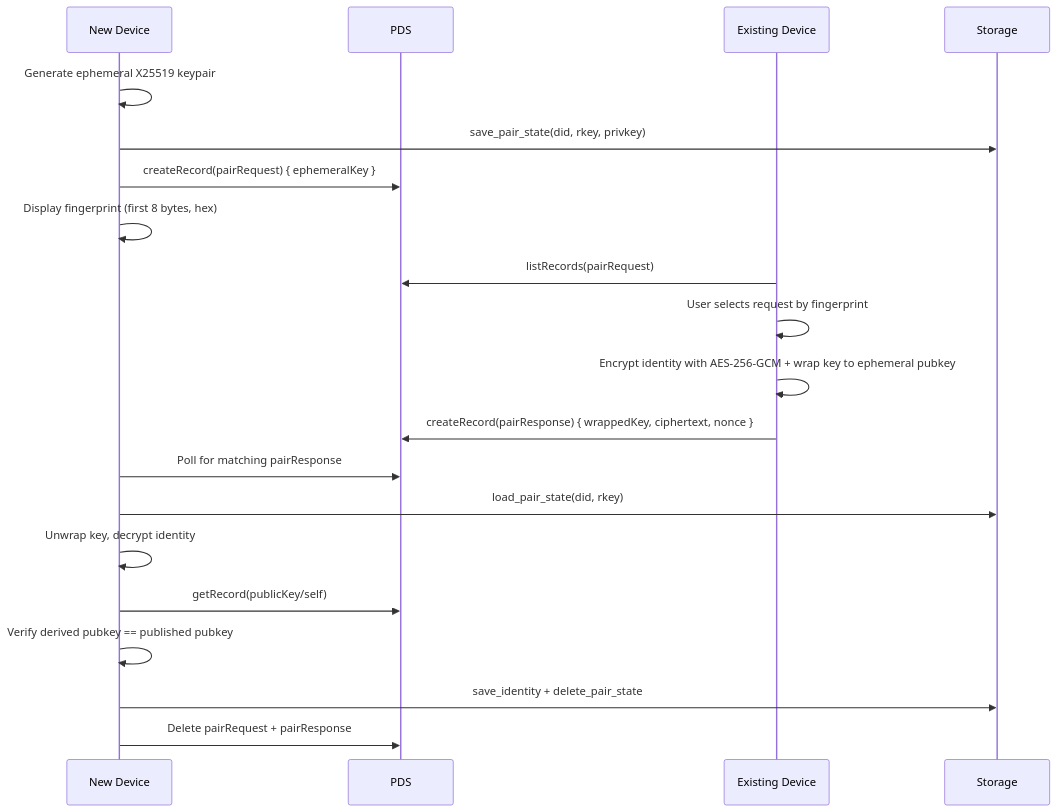
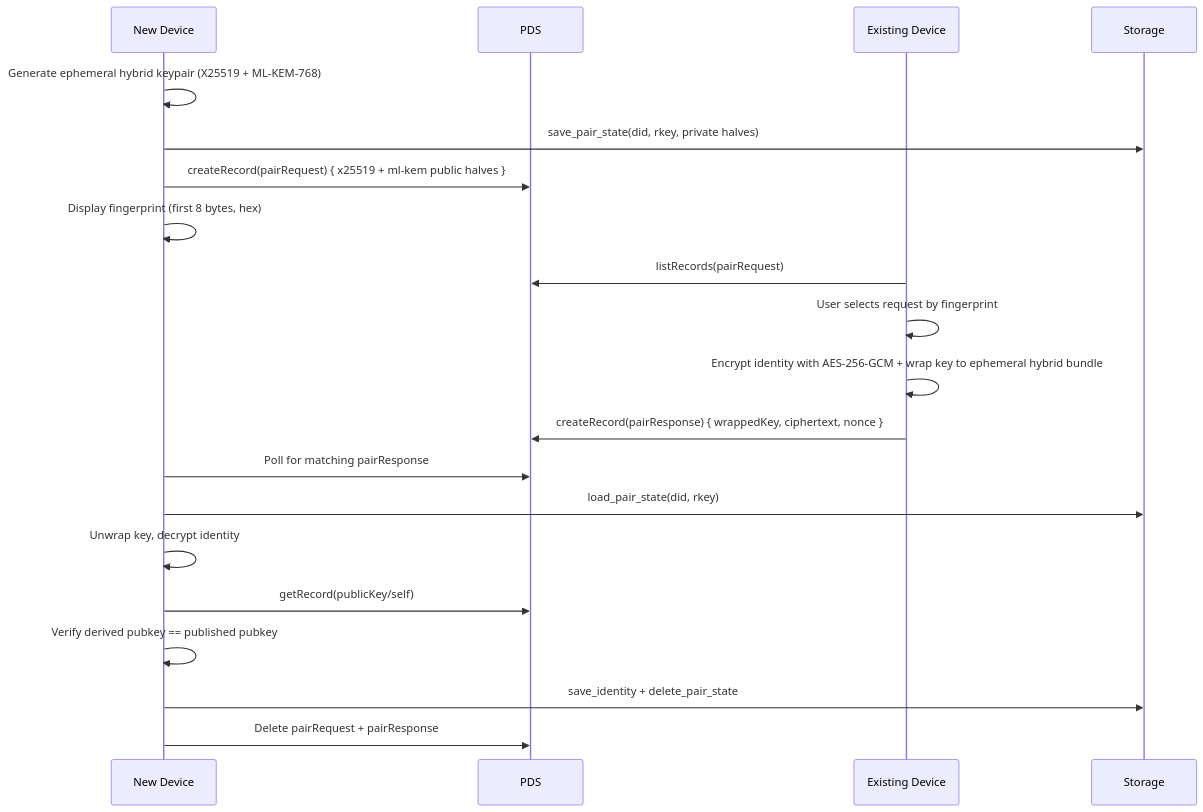
Before and after one commit to Sans-Self/Opake: the diagram in docs/AUTH.md, drawn with Mermaid. The commit also changed other lines of this file and 35 other files, not shown here.

````diff
--- a/docs/AUTH.md
+++ b/docs/AUTH.md
@@ -73,24 +75,24 @@
 ```mermaid
 sequenceDiagram
     participant New as New Device
     participant PDS
     participant Old as Existing Device
 
-    New->>New: Generate ephemeral X25519 keypair
-    New->>Storage: save_pair_state(did, rkey, privkey)
-    New->>PDS: createRecord(pairRequest) { ephemeralKey }
+    New->>New: Generate ephemeral hybrid keypair (X25519 + ML-KEM-768)
+    New->>Storage: save_pair_state(did, rkey, private halves)
+    New->>PDS: createRecord(pairRequest) { x25519 + ml-kem public halves }
     New->>New: Display fingerprint (first 8 bytes, hex)
 
     Old->>PDS: listRecords(pairRequest)
     Old->>Old: User selects request by fingerprint
-    Old->>Old: Encrypt identity with AES-256-GCM + wrap key to ephemeral pubkey
+    Old->>Old: Encrypt identity with AES-256-GCM + wrap key to ephemeral hybrid bundle
     Old->>PDS: createRecord(pairResponse) { wrappedKey, ciphertext, nonce }
 
     New->>PDS: Poll for matching pairResponse
     New->>Storage: load_pair_state(did, rkey)
     New->>New: Unwrap key, decrypt identity
     New->>PDS: getRecord(publicKey/self)
     New->>New: Verify derived pubkey == published pubkey
     New->>Storage: save_identity + delete_pair_state
     New->>PDS: Delete pairRequest + pairResponse
 ```
````
